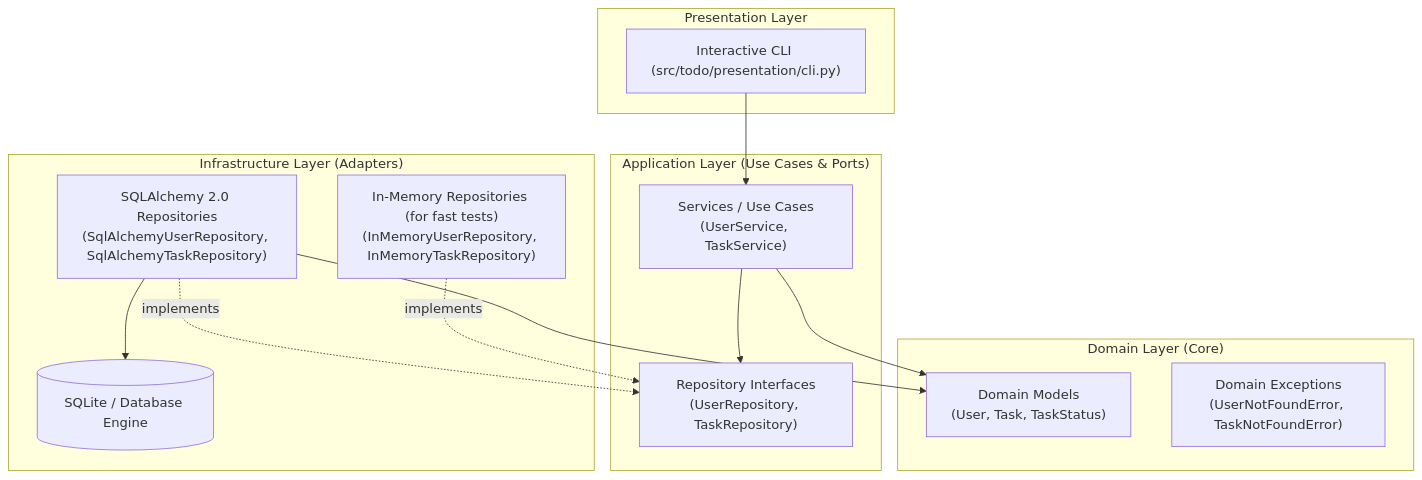
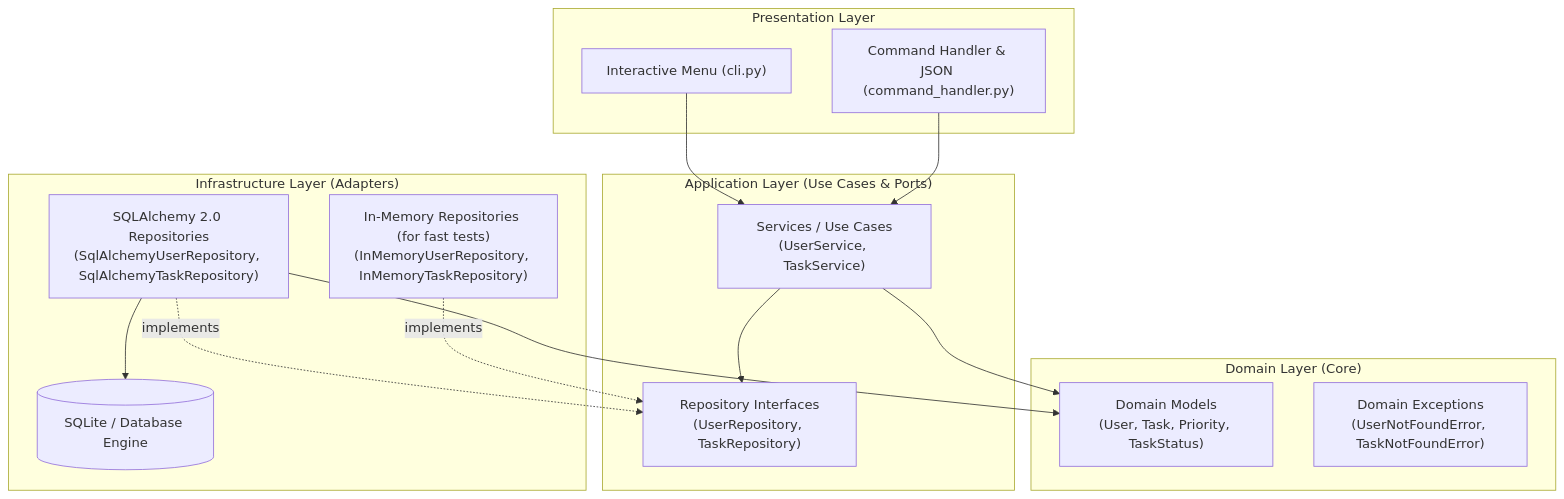
The diagram in README.md (ctorrez/todo_app), drawn with Mermaid before and after one commit. The commit also changed other lines of this file and 18 other files, not shown here.

````diff
--- a/README.md
+++ b/README.md
@@ -17,30 +19,32 @@
 ```mermaid
 flowchart TD
     subgraph Presentation ["Presentation Layer"]
-        CLI["Interactive CLI (src/todo/presentation/cli.py)"]
+        CLI["Interactive Menu (cli.py)"]
+        AgentCLI["Command Handler & JSON (command_handler.py)"]
     end
 
     subgraph Application ["Application Layer (Use Cases & Ports)"]
         Services["Services / Use Cases\n(UserService, TaskService)"]
         Ports["Repository Interfaces\n(UserRepository, TaskRepository)"]
     end
 
     subgraph Domain ["Domain Layer (Core)"]
-        Entities["Domain Models\n(User, Task, TaskStatus)"]
+        Entities["Domain Models\n(User, Task, Priority, TaskStatus)"]
         Exceptions["Domain Exceptions\n(UserNotFoundError, TaskNotFoundError)"]
     end
 
     subgraph Infrastructure ["Infrastructure Layer (Adapters)"]
         SqlRepo["SQLAlchemy 2.0 Repositories\n(SqlAlchemyUserRepository, SqlAlchemyTaskRepository)"]
         MemRepo["In-Memory Repositories (for fast tests)\n(InMemoryUserRepository, InMemoryTaskRepository)"]
         DB[(SQLite / Database Engine)]
     end
 
     CLI --> Services
+    AgentCLI --> Services
     Services --> Entities
     Services --> Ports
     SqlRepo -.->|implements| Ports
     MemRepo -.->|implements| Ports
     SqlRepo --> DB
     SqlRepo --> Entities
 ```
````
